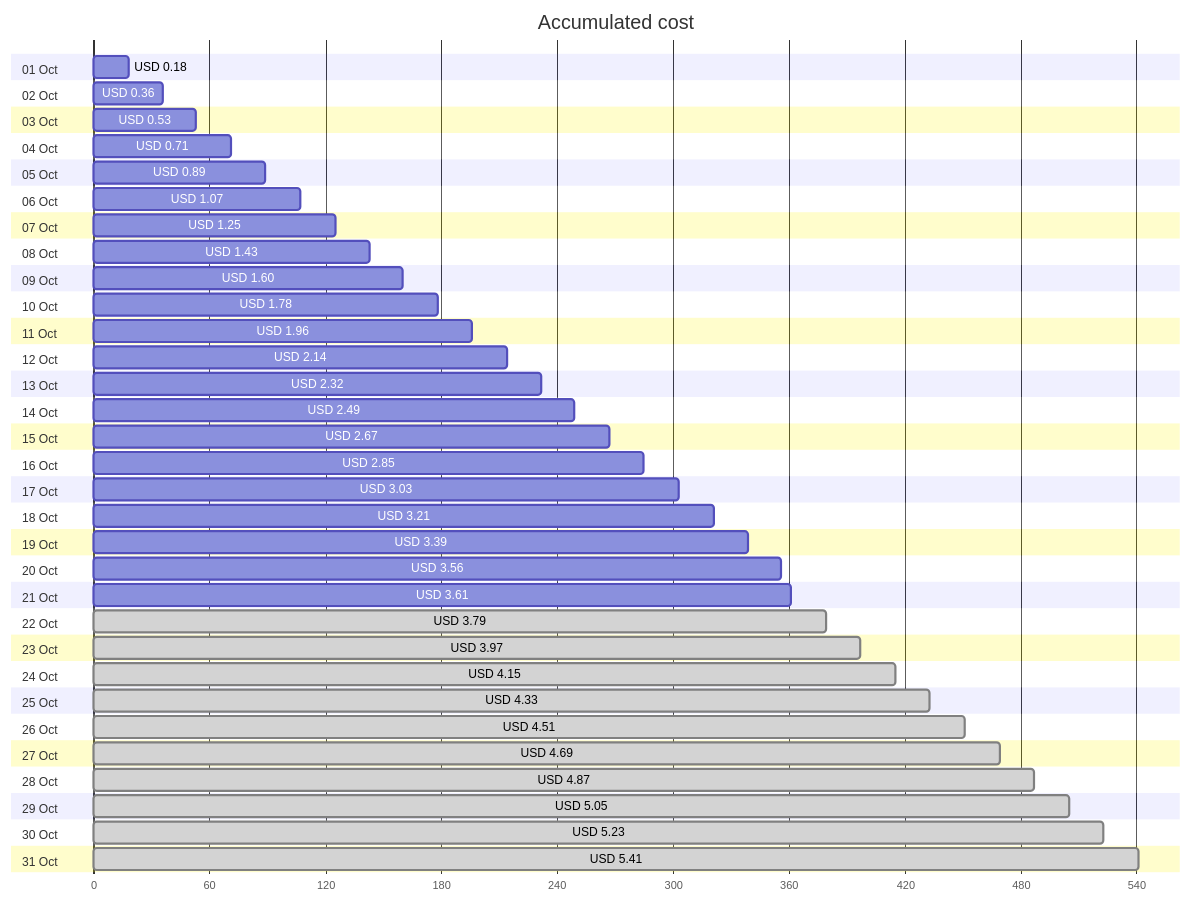
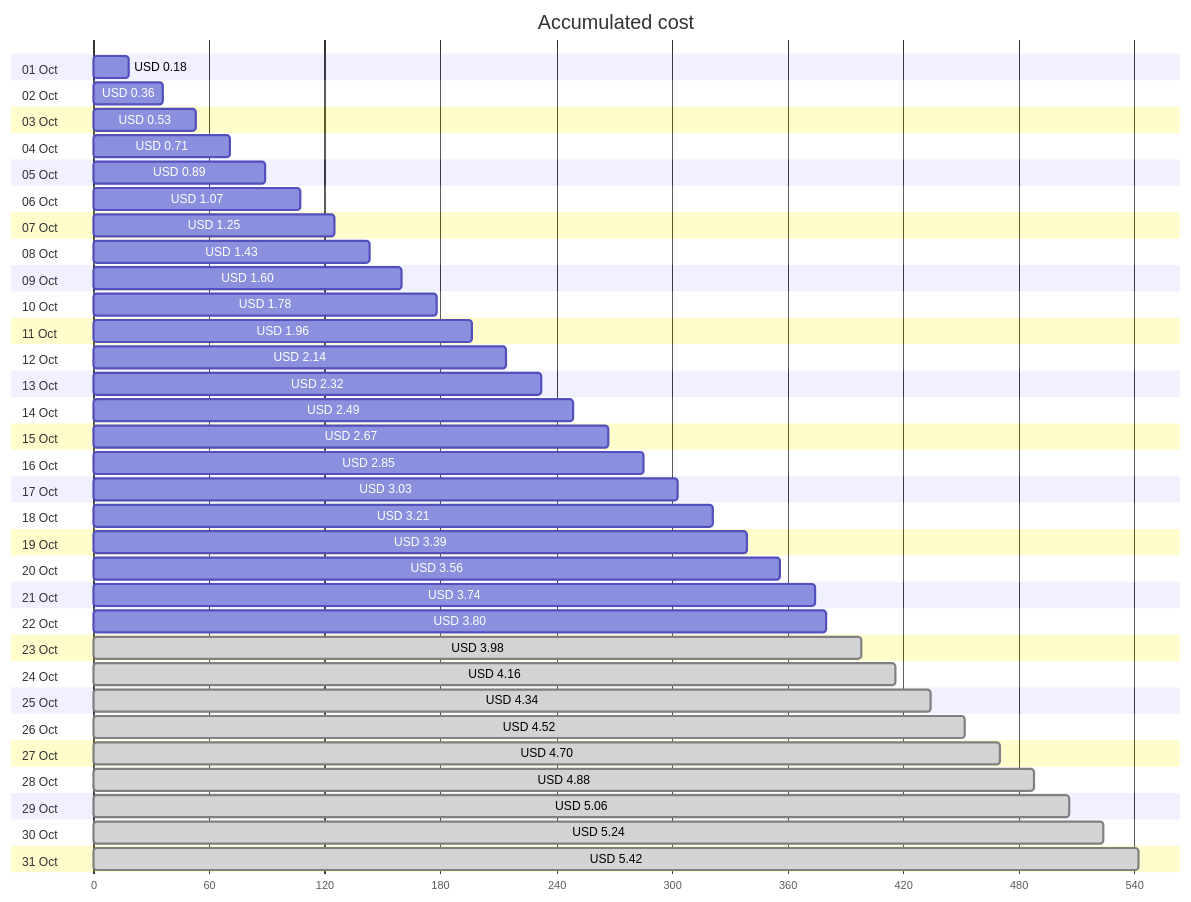
Before and after one commit to jpfulton/azure-personal-reports: the first of 4 diagrams in cost-reports/personal-network/backup-server.md, drawn with Mermaid. The commit also changed other lines of this file and 8 other files, not shown here.

````diff
--- a/cost-reports/personal-network/backup-server.md
+++ b/cost-reports/personal-network/backup-server.md
@@ -20,68 +20,68 @@
 ```mermaid
 gantt
    title Accumulated cost
    dateFormat  X
    axisFormat %s
    section 01 Oct
    USD 0.18 :0, 18
    section 02 Oct
    USD 0.36 :0, 36
    section 03 Oct
    USD 0.53 :0, 53
    section 04 Oct
    USD 0.71 :0, 71
    section 05 Oct
    USD 0.89 :0, 89
    section 06 Oct
    USD 1.07 :0, 107
    section 07 Oct
    USD 1.25 :0, 125
    section 08 Oct
    USD 1.43 :0, 143
    section 09 Oct
    USD 1.60 :0, 160
    section 10 Oct
    USD 1.78 :0, 178
    section 11 Oct
    USD 1.96 :0, 196
    section 12 Oct
    USD 2.14 :0, 214
    section 13 Oct
    USD 2.32 :0, 232
    section 14 Oct
    USD 2.49 :0, 249
    section 15 Oct
    USD 2.67 :0, 267
    section 16 Oct
    USD 2.85 :0, 285
    section 17 Oct
    USD 3.03 :0, 303
    section 18 Oct
    USD 3.21 :0, 321
    section 19 Oct
    USD 3.39 :0, 339
    section 20 Oct
    USD 3.56 :0, 356
    section 21 Oct
-   USD 3.61 :0, 361
+   USD 3.74 :0, 374
    section 22 Oct
-   USD 3.79 : done, 0, 379
+   USD 3.80 :0, 380
    section 23 Oct
-   USD 3.97 : done, 0, 397
+   USD 3.98 : done, 0, 398
    section 24 Oct
-   USD 4.15 : done, 0, 415
+   USD 4.16 : done, 0, 416
    section 25 Oct
-   USD 4.33 : done, 0, 433
+   USD 4.34 : done, 0, 434
    section 26 Oct
-   USD 4.51 : done, 0, 451
+   USD 4.52 : done, 0, 452
    section 27 Oct
-   USD 4.69 : done, 0, 469
+   USD 4.70 : done, 0, 470
    section 28 Oct
-   USD 4.87 : done, 0, 487
+   USD 4.88 : done, 0, 488
    section 29 Oct
-   USD 5.05 : done, 0, 505
+   USD 5.06 : done, 0, 506
    section 30 Oct
-   USD 5.23 : done, 0, 523
+   USD 5.24 : done, 0, 524
    section 31 Oct
-   USD 5.41 : done, 0, 541
+   USD 5.42 : done, 0, 542
 ```
````
